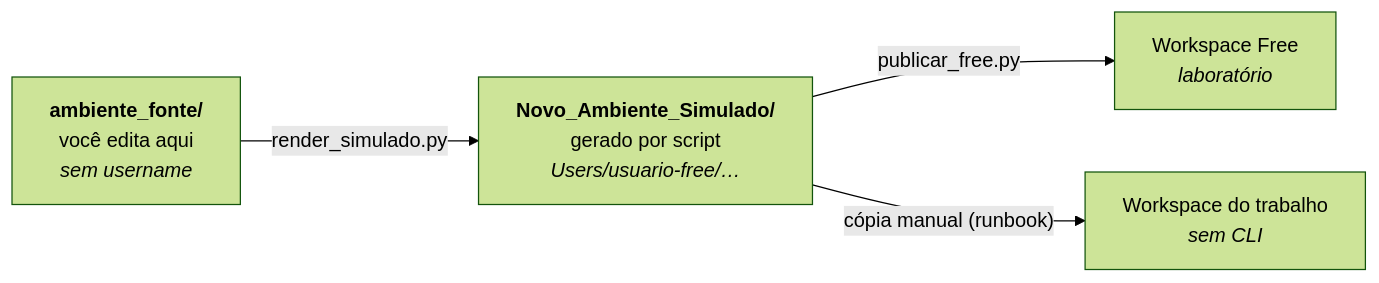
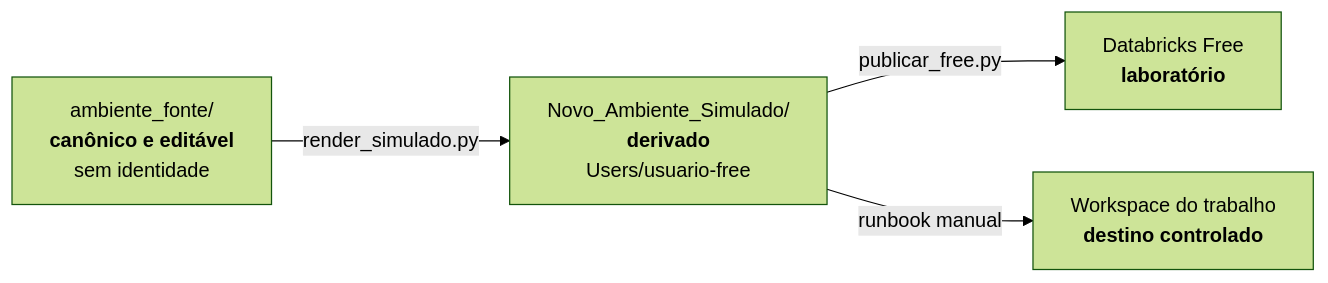
The diagram in ambiente_fonte/README.md (Guimarais-R-Rodrigo/Ambiente_Databricks), drawn with Mermaid (forest theme) before and after one commit. The commit also changed other lines of this file and 32 other files, not shown here.

````diff
--- a/ambiente_fonte/README.md
+++ b/ambiente_fonte/README.md
@@ -14,10 +13,10 @@
 ```mermaid
 flowchart LR
-  F["<b>ambiente_fonte/</b><br/>você edita aqui<br/><i>sem username</i>"]
-  S["<b>Novo_Ambiente_Simulado/</b><br/>gerado por script<br/><i>Users/usuario-free/…</i>"]
-  W1["Workspace Free<br/><i>laboratório</i>"]
-  W2["Workspace do trabalho<br/><i>sem CLI</i>"]
+  F["ambiente_fonte/<br/><b>canônico e editável</b><br/>sem identidade"]
+  S["Novo_Ambiente_Simulado/<br/><b>derivado</b><br/>Users/usuario-free"]
+  L["Databricks Free<br/><b>laboratório</b>"]
+  W["Workspace do trabalho<br/><b>destino controlado</b>"]
   F -->|"render_simulado.py"| S
-  S -->|"publicar_free.py"| W1
-  S -->|"cópia manual (runbook)"| W2
+  S -->|"publicar_free.py"| L
+  S -->|"runbook manual"| W
 ```
````
